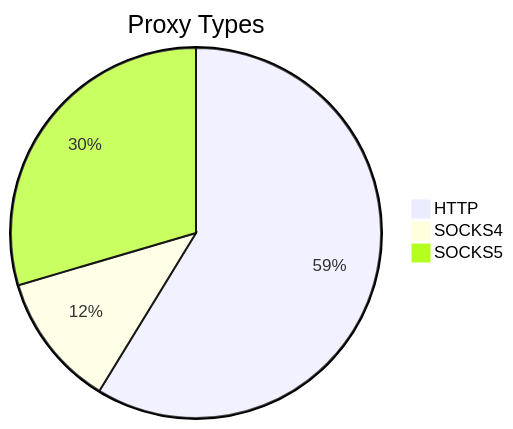
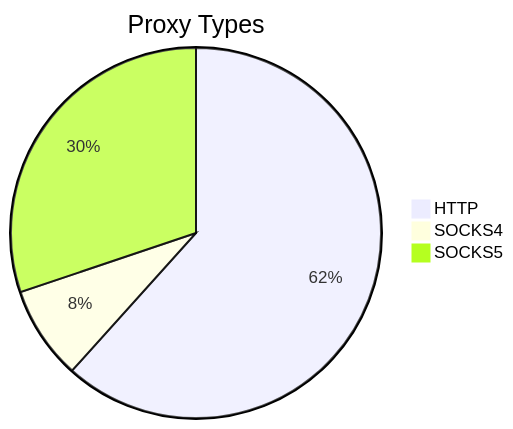
The first of 2 diagrams in README.md (stormsia/proxy-list), drawn with Mermaid before and after one commit. The commit also changed other lines of this file, not shown here.

````diff
--- a/README.md
+++ b/README.md
@@ -21,6 +21,6 @@
 ```mermaid
 pie title Proxy Types
-    "HTTP" : 326
-    "SOCKS4" : 65
-    "SOCKS5" : 164
+    "HTTP" : 325
+    "SOCKS4" : 43
+    "SOCKS5" : 159
 ```
````
